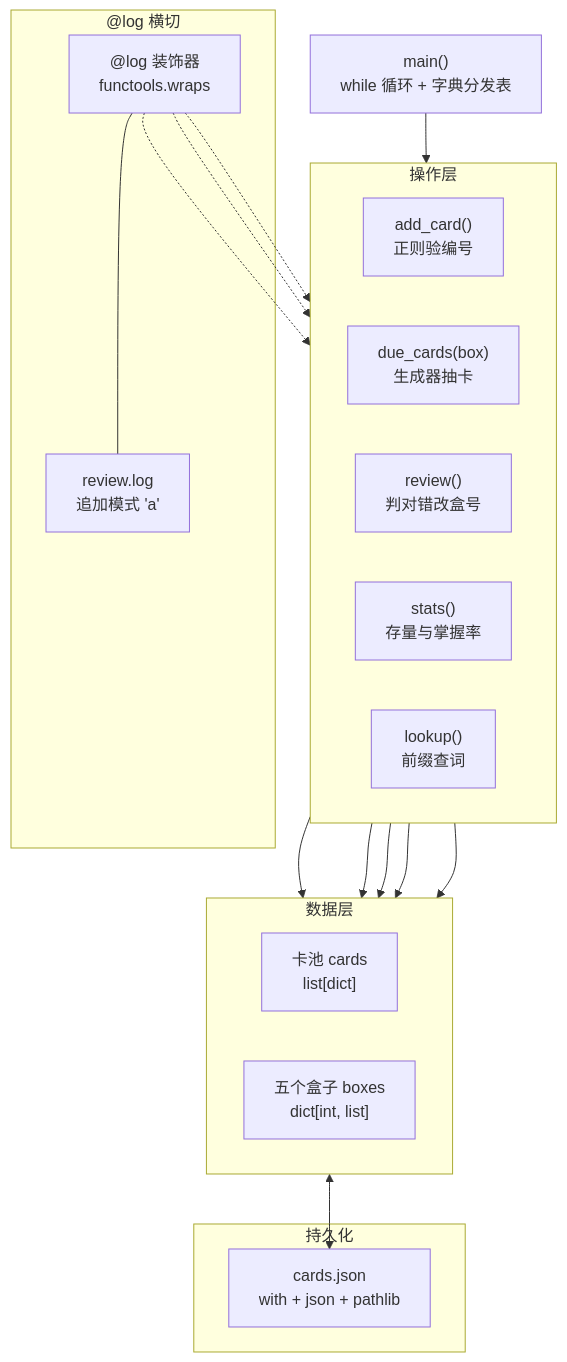
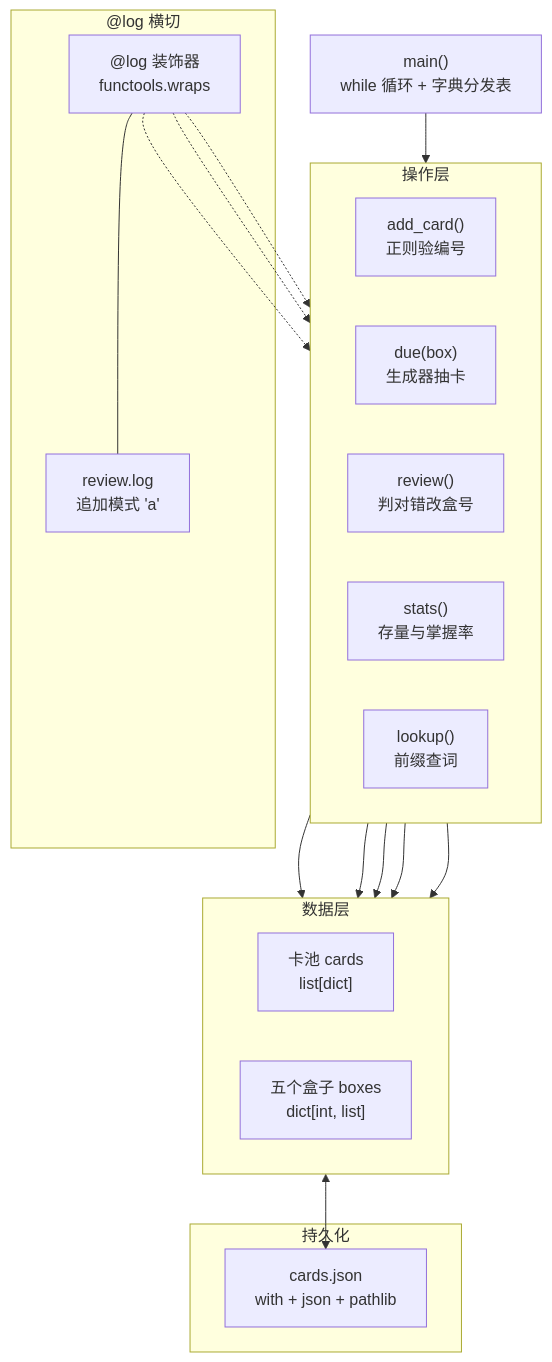
One commit to wzg-ui/blog changed the diagram in content/posts/python-projects/python-flashcards.md. Above: the diagram before and after it, drawn with Mermaid. The commit also changed other lines of this file and 3 other files, not shown here.

````diff
--- a/content/posts/python-projects/python-flashcards.md
+++ b/content/posts/python-projects/python-flashcards.md
@@ -112,35 +116,35 @@
 ```mermaid
 flowchart TB
     M["main()<br/>while 循环 + 字典分发表"]
     M --> op
     subgraph op["操作层"]
         direction LR
         A["add_card()<br/>正则验编号"]
-        D["due_cards(box)<br/>生成器抽卡"]
+        D["due(box)<br/>生成器抽卡"]
         R["review()<br/>判对错改盒号"]
         S["stats()<br/>存量与掌握率"]
         Q["lookup()<br/>前缀查词"]
     end
     A --> P
     D --> B
     R --> B
     S --> B
     Q --> P
     subgraph data["数据层"]
         direction LR
         P["卡池 cards<br/>list[dict]"]
         B["五个盒子 boxes<br/>dict[int, list]"]
     end
     P <--> J
     subgraph store["持久化"]
         J["cards.json<br/>with + json + pathlib"]
     end
     subgraph cross["@log 横切"]
         X["@log 装饰器<br/>functools.wraps"]
         L["review.log<br/>追加模式 'a'"]
         X --- L
     end
     X -.-> A
     X -.-> R
     X -.-> S
 ```
````
